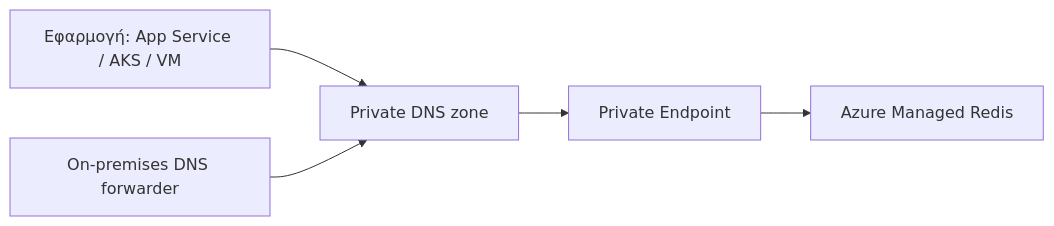
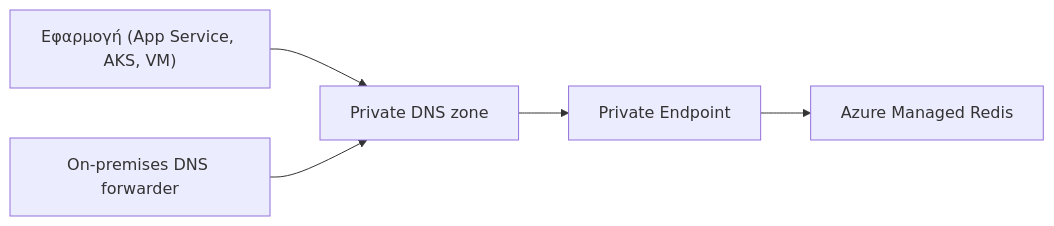
One commit to ptcloudnative/azure-managed-redis changed the diagram in README.md. Above: the diagram before and after it, drawn with Mermaid.

Commit message:
Fix Mermaid diagram labels in README

````diff
--- a/README.md
+++ b/README.md
@@ -55,7 +55,7 @@
 ```mermaid
 flowchart LR
-    A[Εφαρμογή: App Service / AKS / VM] --> B[Private DNS zone]
-    B --> C[Private Endpoint]
-    C --> D[Azure Managed Redis]
-    E[On-premises DNS forwarder] --> B
+    A["Εφαρμογή (App Service, AKS, VM)"] --> B["Private DNS zone"]
+    B --> C["Private Endpoint"]
+    C --> D["Azure Managed Redis"]
+    E["On-premises DNS forwarder"] --> B
 ```
````
